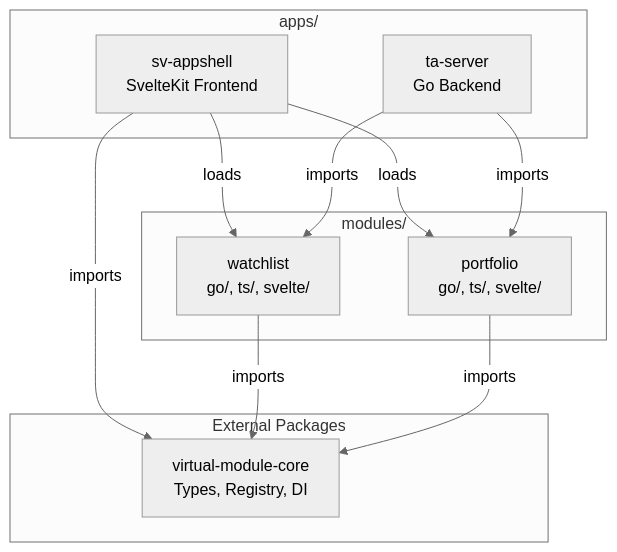
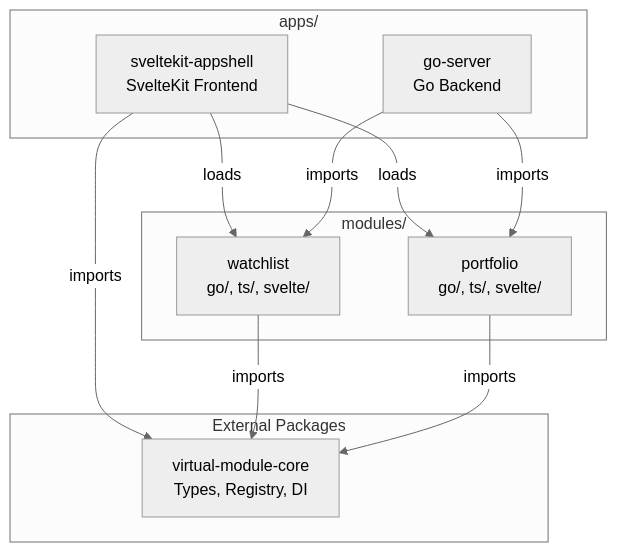
Before and after one commit to reidlai/virtual-module-core: the first of 2 diagrams in docs/APPSHELL-ARCHITECTURE.md, drawn with Mermaid (neutral theme). The commit also changed other lines of this file, not shown here.

Commit message:
feat: update APPSHELL-ARCHITECTURE.md to emphasize ReactiveX decoupling function

````diff
--- a/docs/APPSHELL-ARCHITECTURE.md
+++ b/docs/APPSHELL-ARCHITECTURE.md
@@ -13,24 +13,24 @@
 ```mermaid
 flowchart TD
     subgraph Apps["apps/"]
-        SV[sv-appshell<br/>SvelteKit Frontend]
-        TA[ta-server<br/>Go Backend]
+        SV[sveltekit-appshell<br/>SvelteKit Frontend]
+        TA[go-server<br/>Go Backend]
     end
 
     subgraph Modules["modules/"]
         WL[watchlist<br/>go/, ts/, svelte/]
         PF[portfolio<br/>go/, ts/, svelte/]
     end
 
     subgraph External["External Packages"]
         Core[virtual-module-core<br/>Types, Registry, DI]
     end
 
     SV -->|imports| Core
     SV -->|loads| WL
     SV -->|loads| PF
     WL --> |imports| Core
     PF --> |imports| Core
     TA -->|imports| WL
     TA -->|imports| PF
 ```
````
